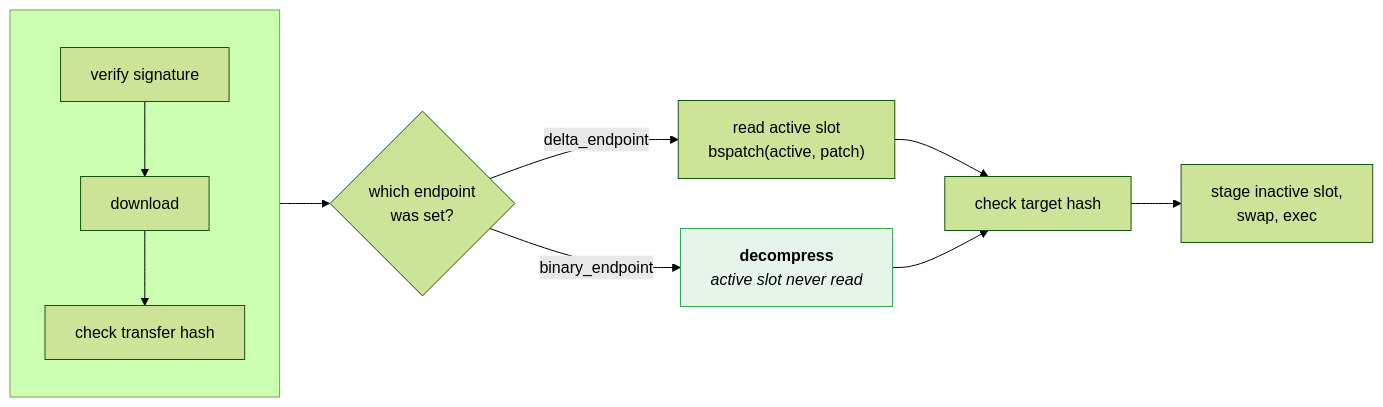
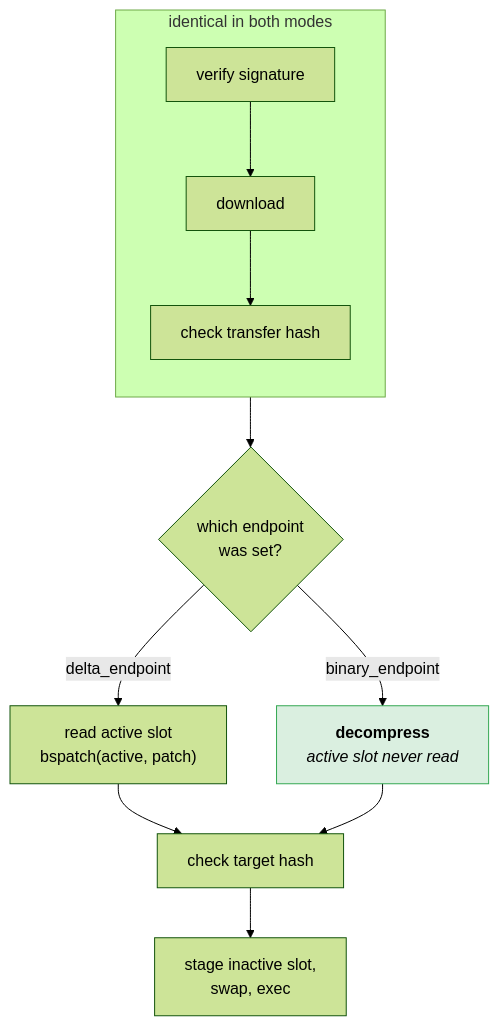
Before and after one commit to carlosprados/ota-updater: the second of 2 diagrams in site/content/protocol/full-download.md, drawn with Mermaid (forest theme). The commit also changed other lines of this file and 13 other files, not shown here.

First line of the commit message:
fix(docs): broken diagram, unreadable colours, duplicated H1, footer links

````diff
--- a/site/content/protocol/full-download.md
+++ b/site/content/protocol/full-download.md
@@ -45,19 +43,19 @@
 ```mermaid
-flowchart LR
-    subgraph SHARED1[" "]
+flowchart TD
+    subgraph SHARED["identical in both modes"]
         direction TB
         V["verify signature"] --> DL["download"] --> CT["check transfer hash"]
     end
 
     CT --> MODE{"which endpoint<br/>was set?"}
 
     MODE -->|delta_endpoint| P["read active slot<br/>bspatch(active, patch)"]
     MODE -->|binary_endpoint| U["<b>decompress</b><br/><i>active slot never read</i>"]
 
     P --> CHK["check target hash"]
     U --> CHK
     CHK --> STAGE["stage inactive slot,<br/>swap, exec"]
 
-    classDef full fill:#e6f4ea,stroke:#34a853
+    classDef full fill:#34a8532e,stroke:#34a853
     class U full
 ```
````
